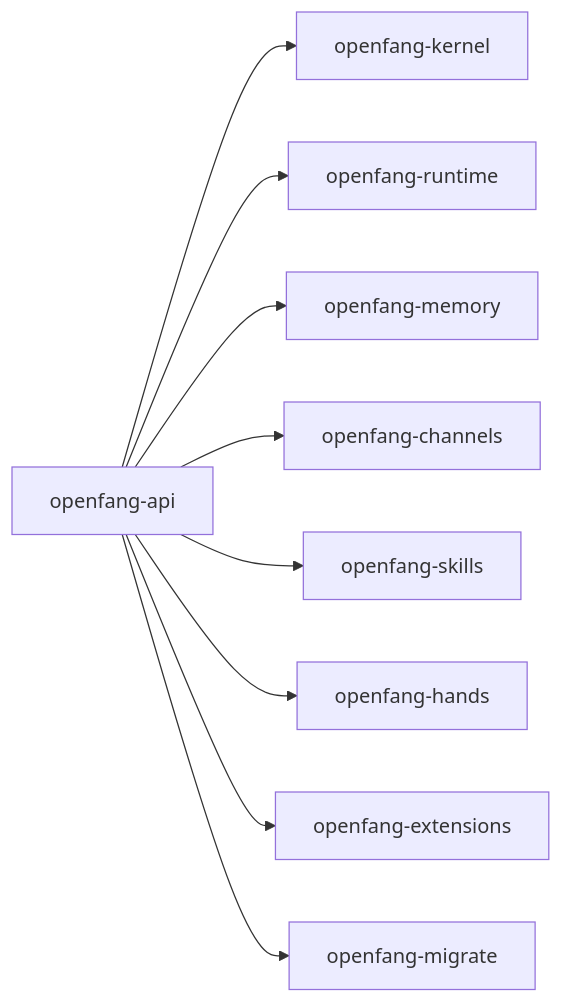
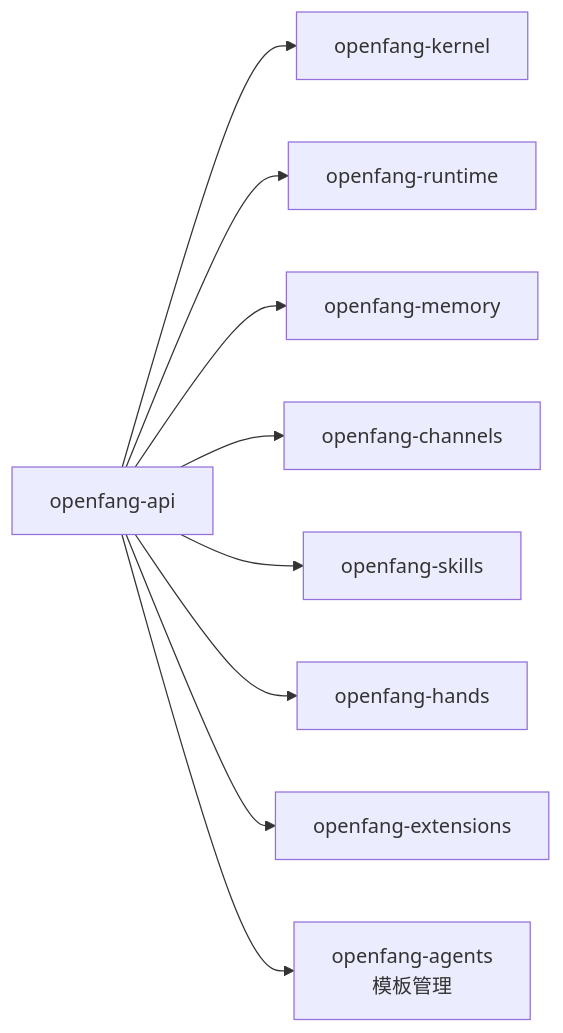
The fourth of 4 diagrams in .qoder/repowiki/zh/content/API 参考文档/REST API/REST API.md (hexiaowen-bot/openfang), drawn with Mermaid before and after one commit. The commit also changed other lines of this file and 65 other files, not shown here.

````diff
--- a/.qoder/repowiki/zh/content/API 参考文档/REST API/REST API.md
+++ b/.qoder/repowiki/zh/content/API 参考文档/REST API/REST API.md
@@ -214,11 +230,11 @@
 ```mermaid
 graph LR
 OA["openfang-api"] --> OK["openfang-kernel"]
 OA --> OR["openfang-runtime"]
 OA --> OM["openfang-memory"]
 OA --> OC["openfang-channels"]
 OA --> OSk["openfang-skills"]
 OA --> OH["openfang-hands"]
 OA --> OE["openfang-extensions"]
-OA --> OMg["openfang-migrate"]
+OA --> OAgs["openfang-agents<br/>模板管理"]
 ```
````
